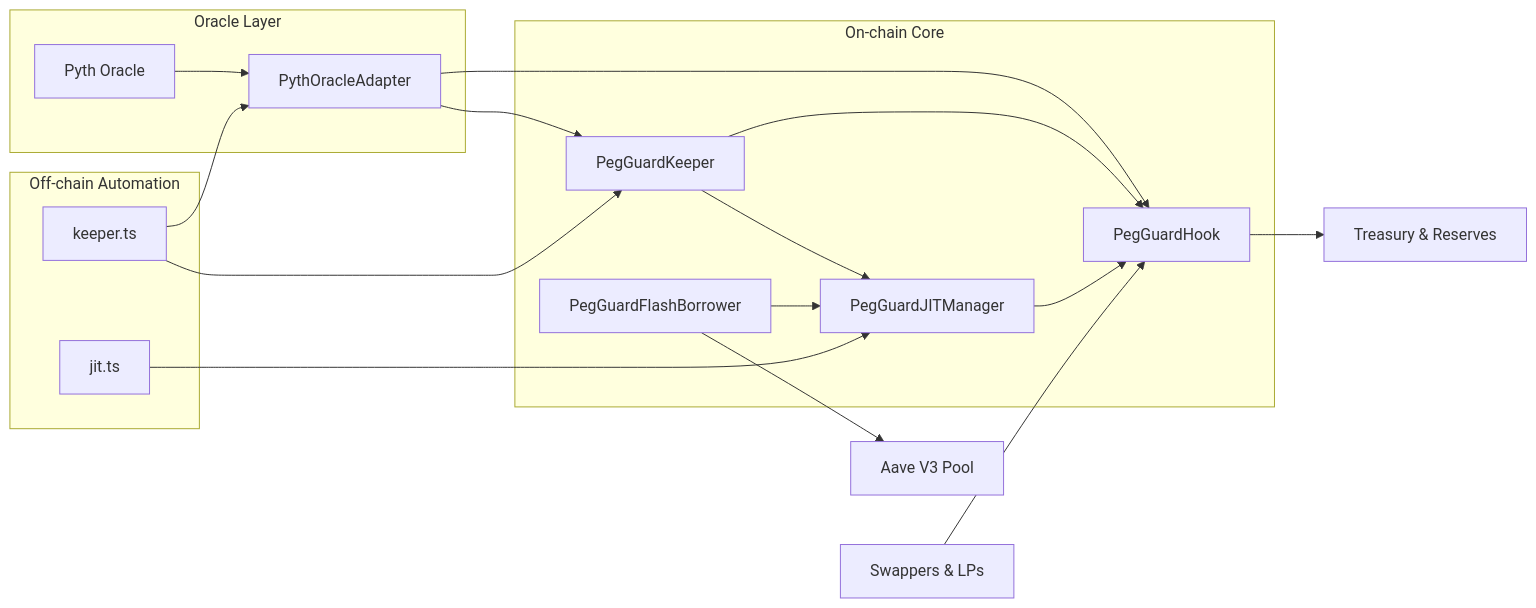
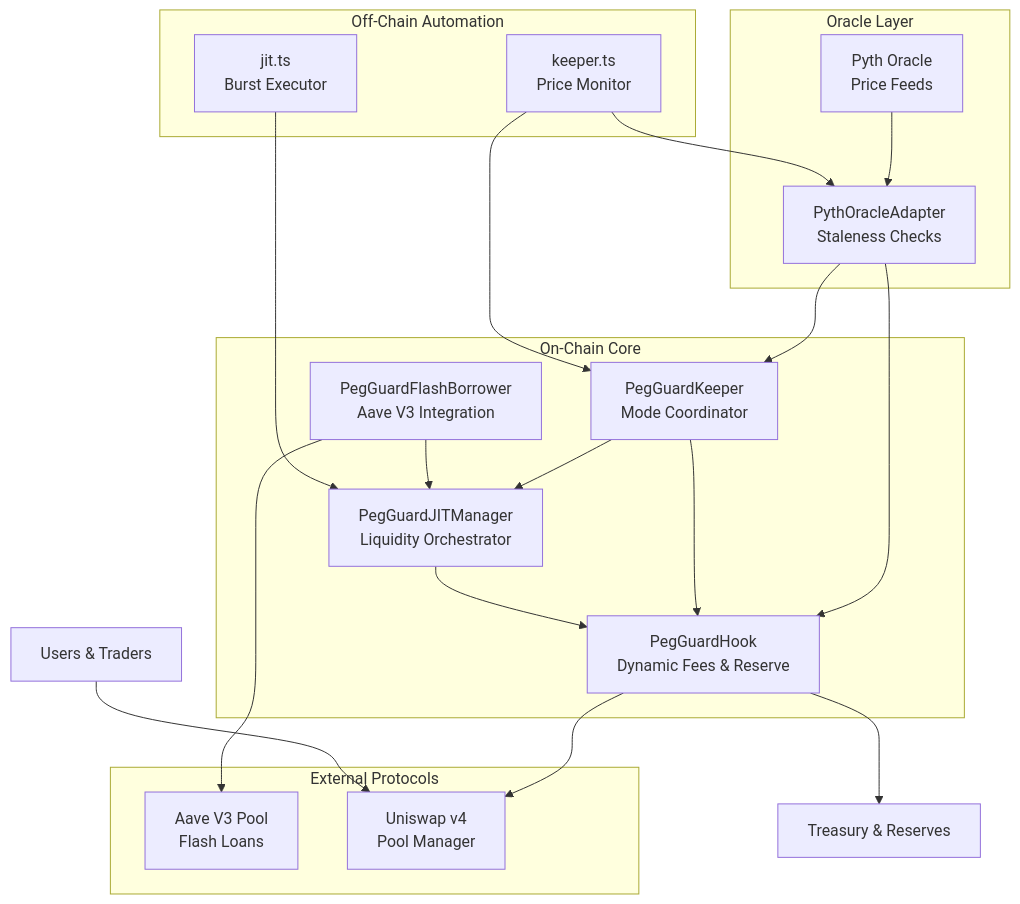
Before and after one commit to cryptanu/Peg-Guard-Hook: the first of 4 diagrams in README.md, drawn with Mermaid. The commit also changed other lines of this file, not shown here.

Commit message:
Reorganize README with improved structure: badges, problem statement, solution impact, diagrams, architecture, tests, installation, roadmap, and demo

````diff
--- a/README.md
+++ b/README.md
@@ -24,35 +77,39 @@
 ```mermaid
-graph LR
-    subgraph Oracle Layer
-        Pyth[Pyth Oracle]
-        Adapter[PythOracleAdapter]
+graph TB
+    subgraph "Oracle Layer"
+        Pyth[Pyth Oracle<br/>Price Feeds]
+        Adapter[PythOracleAdapter<br/>Staleness Checks]
         Pyth --> Adapter
     end
 
-    subgraph On-chain Core
-        Hook[PegGuardHook]
-        Keeper[PegGuardKeeper]
-        JIT[PegGuardJITManager]
-        FlashBorrower[PegGuardFlashBorrower]
+    subgraph "On-Chain Core"
+        Hook[PegGuardHook<br/>Dynamic Fees & Reserve]
+        Keeper[PegGuardKeeper<br/>Mode Coordinator]
+        JIT[PegGuardJITManager<br/>Liquidity Orchestrator]
+        FlashBorrower[PegGuardFlashBorrower<br/>Aave V3 Integration]
+    end
+
+    subgraph "Off-Chain Automation"
+        KeeperBot[keeper.ts<br/>Price Monitor]
+        JITBot[jit.ts<br/>Burst Executor]
+    end
+
+    subgraph "External Protocols"
+        Aave[Aave V3 Pool<br/>Flash Loans]
+        UniswapV4[Uniswap v4<br/>Pool Manager]
     end
 
     Adapter --> Hook
     Adapter --> Keeper
     Keeper --> Hook
     Keeper --> JIT
     JIT --> Hook
     FlashBorrower --> JIT
-    FlashBorrower --> Aave[Aave V3 Pool]
-
-    subgraph Off-chain Automation
-        KeeperBot[keeper.ts]
-        JITBot[jit.ts]
-    end
-
+    FlashBorrower --> Aave
     KeeperBot --> Adapter
     KeeperBot --> Keeper
     JITBot --> JIT
-
-    Users[Swappers & LPs] --> Hook
+    Hook --> UniswapV4
+    Users[Users & Traders] --> UniswapV4
     Hook --> Reserves[Treasury & Reserves]
 ```
````
